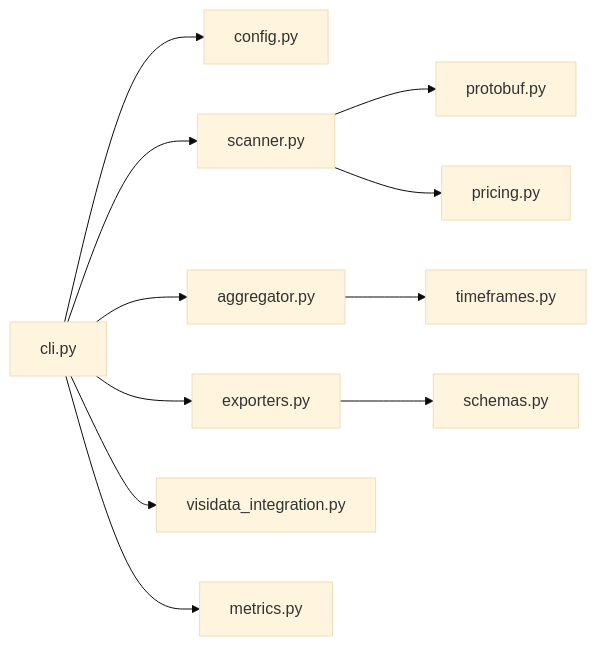
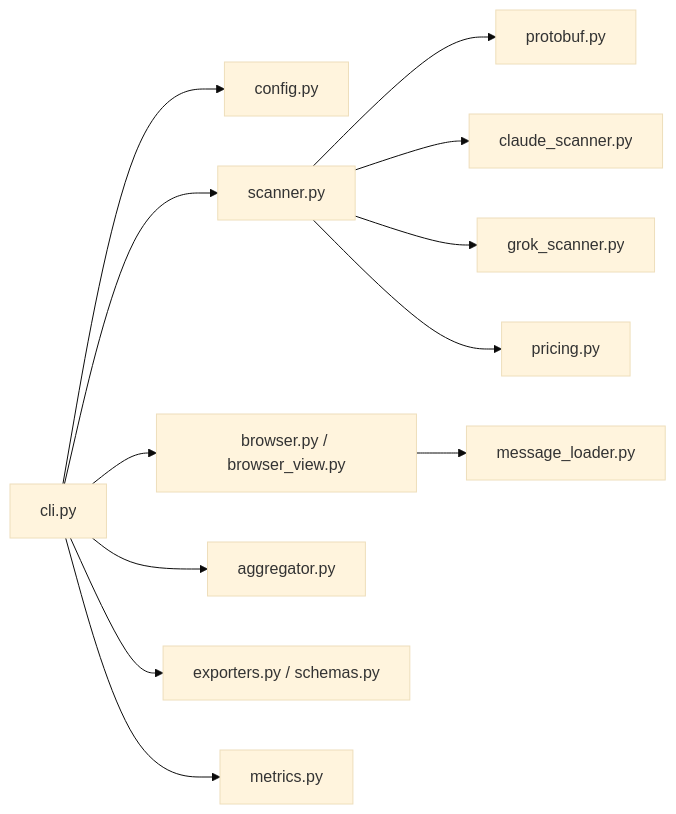
Before and after one commit to lino/wallace: the second of 3 diagrams in docs/developer/architecture.md, drawn with Mermaid (base theme). The commit also changed other lines of this file and 50 other files, not shown here.

````diff
--- a/docs/developer/architecture.md
+++ b/docs/developer/architecture.md
@@ -40,13 +40,14 @@
 ```mermaid
 flowchart LR
     CLIMod["cli.py"] --> ConfigMod["config.py"]
     CLIMod --> ScannerMod["scanner.py"]
     ScannerMod --> ProtoMod["protobuf.py"]
+    ScannerMod --> ClaudeMod["claude_scanner.py"]
+    ScannerMod --> GrokMod["grok_scanner.py"]
     ScannerMod --> PricingMod["pricing.py"]
+    CLIMod --> BrowserMod["browser.py / browser_view.py"]
+    BrowserMod --> MsgMod["message_loader.py"]
     CLIMod --> AggMod["aggregator.py"]
-    AggMod --> TimeMod["timeframes.py"]
-    CLIMod --> ExpMod["exporters.py"]
-    CLIMod --> VDMod["visidata_integration.py"]
-    ExpMod --> SchemaMod["schemas.py"]
+    CLIMod --> ExpMod["exporters.py / schemas.py"]
     CLIMod --> MetricsMod["metrics.py"]
 ```
````
